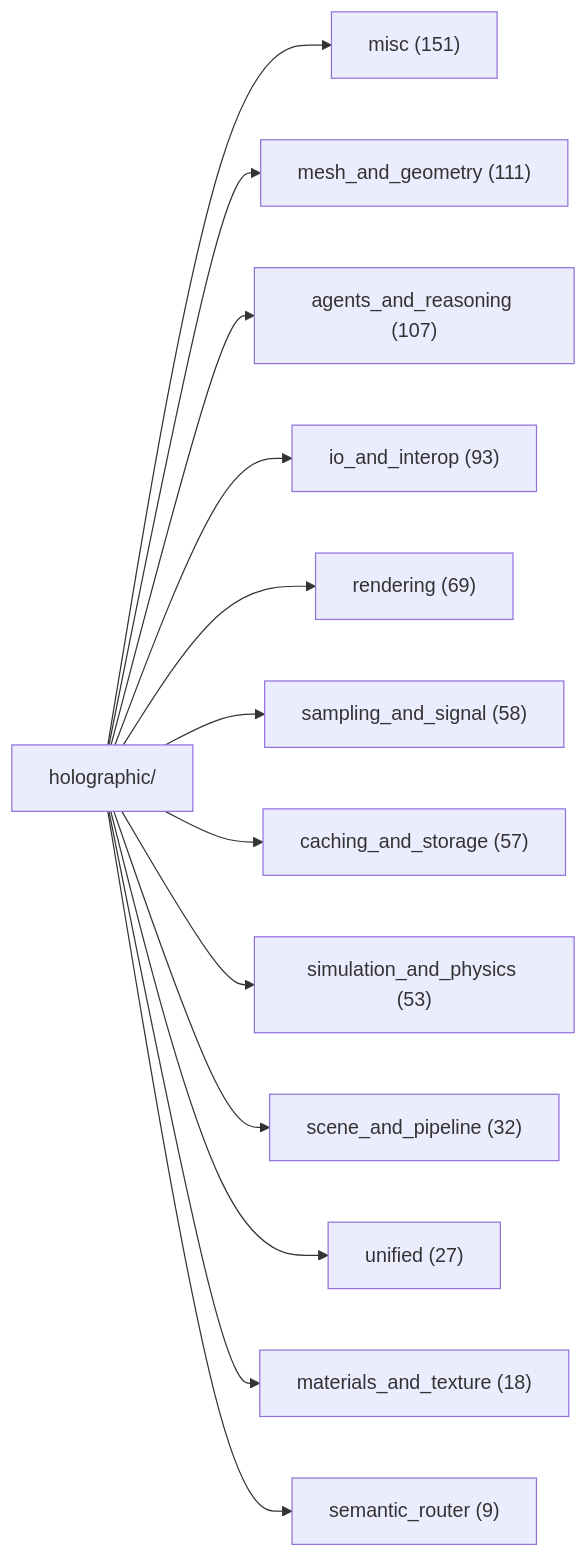
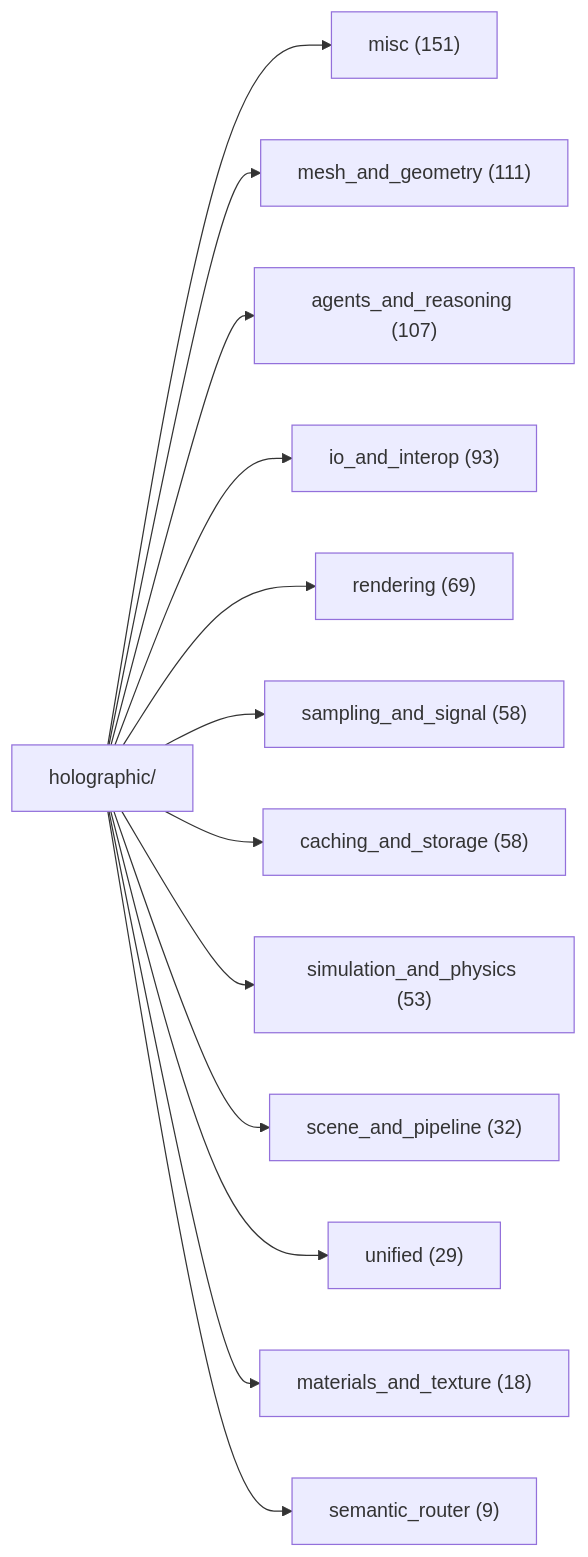
Before and after one commit to AnOversizedMooseWithSocks/leCore: the first of 2 diagrams in docs/DOC_MAP.md, drawn with Mermaid. The commit also changed other lines of this file and 47 other files, not shown here.

````diff
--- a/docs/DOC_MAP.md
+++ b/docs/DOC_MAP.md
@@ -39,16 +39,16 @@
 ```mermaid
 graph LR
     H[holographic/]
     H --> misc["misc (151)"]
     H --> mesh["mesh_and_geometry (111)"]
     H --> agen["agents_and_reasoning (107)"]
     H --> io_a["io_and_interop (93)"]
     H --> rend["rendering (69)"]
     H --> samp["sampling_and_signal (58)"]
-    H --> cach["caching_and_storage (57)"]
+    H --> cach["caching_and_storage (58)"]
     H --> simu["simulation_and_physics (53)"]
     H --> scen["scene_and_pipeline (32)"]
-    H --> unif["unified (27)"]
+    H --> unif["unified (29)"]
     H --> mate["materials_and_texture (18)"]
     H --> sema["semantic_router (9)"]
 ```
````
